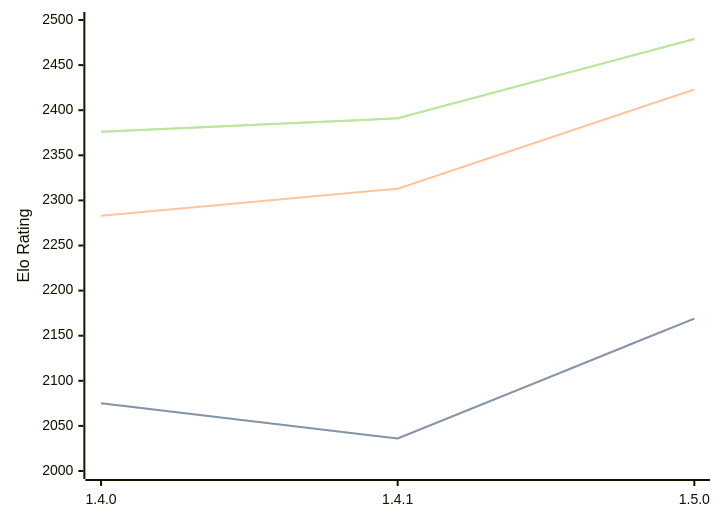
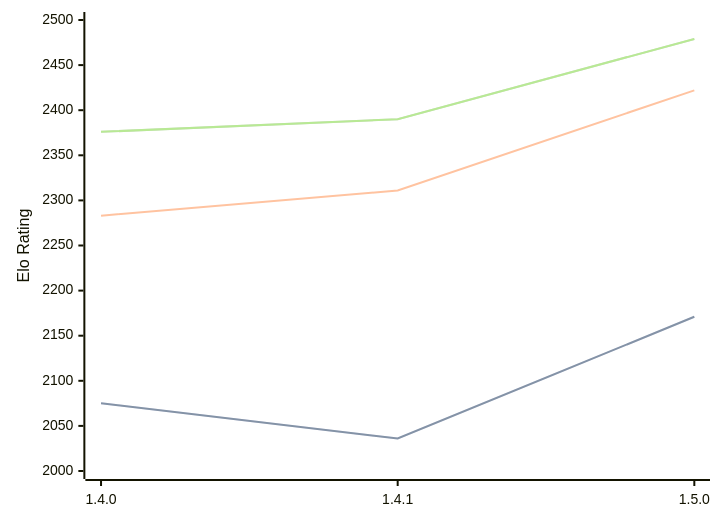
The first of 3 diagrams in engines/Tofiks.md (computer-chess-index/cci), drawn with Mermaid before and after one commit. The commit also changed other lines of this file, not shown here.

Commit message:
Update CCI Ratings (ELO VLTC) - 2026-07-10

````diff
--- a/engines/Tofiks.md
+++ b/engines/Tofiks.md
@@ -37,11 +37,11 @@
 ```mermaid
 %%{init: {"theme":"base","themeVariables":{"seriesColors:['#a3a3a3','#222221','#faa371']}}}%%
 xychart-beta
   x-axis ["1.4.0", "1.4.1", "1.5.0"]
   y-axis "Elo Rating" 2000 --> 2500
-  line "STC (8.0+0.08s)" [2075, 2036, 2169]
-  line "STC (8.0+0.08s)" [2075, 2036, 2169]
-  line "LTC (60.0+0.60s)" [2283, 2313, 2423]
-  line "VLTC (2m24s+1.12s)" [2376, 2391, 2479]
-  line "VLTC (2m24s+1.12s)" [2376, 2391, 2479]
+  line "STC (8.0+0.08s)" [2075, 2036, 2171]
+  line "STC (8.0+0.08s)" [2075, 2036, 2171]
+  line "LTC (60.0+0.60s)" [2283, 2311, 2422]
+  line "VLTC (2m24s+1.12s)" [2376, 2390, 2479]
+  line "VLTC (2m24s+1.12s)" [2376, 2390, 2479]
 ```
````
